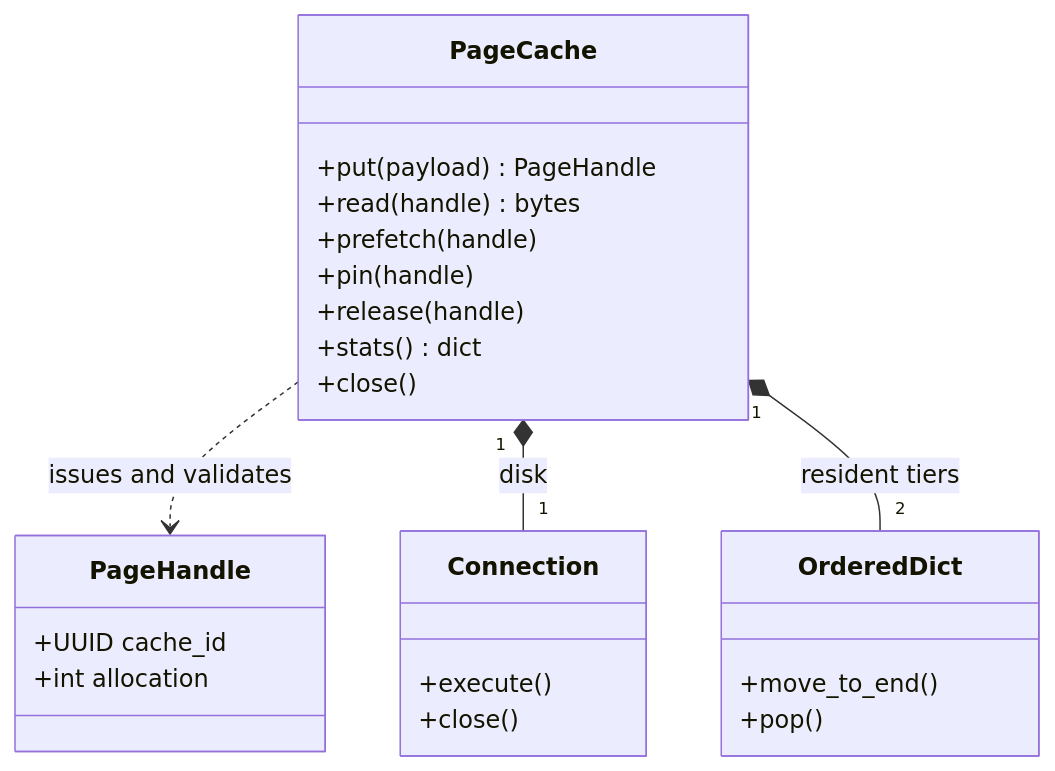
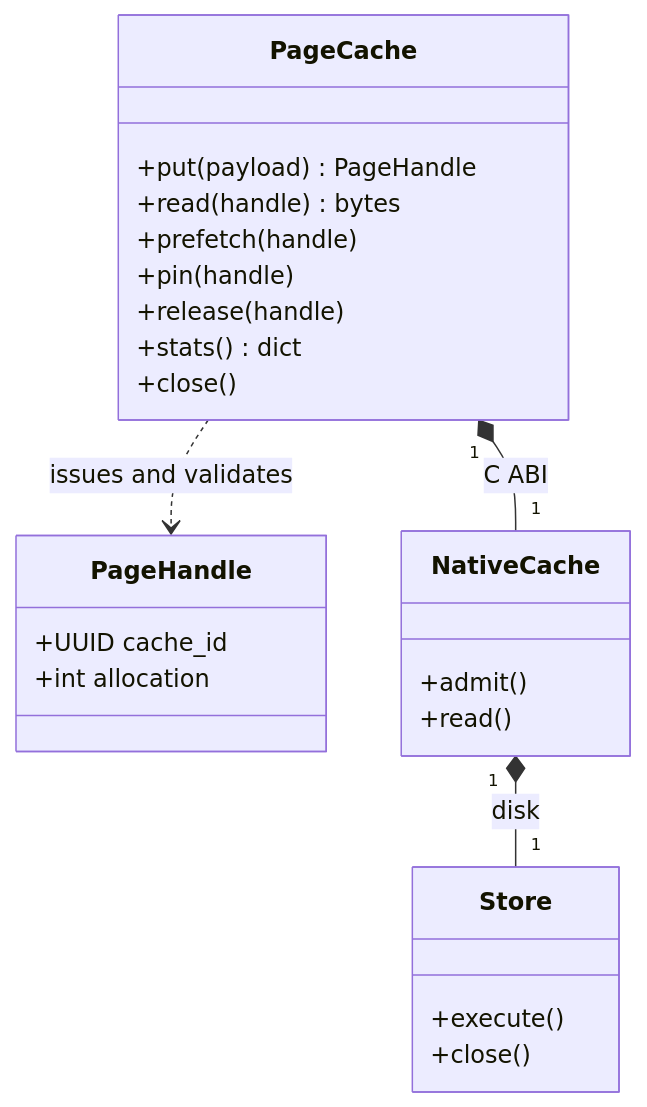
Before and after one commit to asigdel29/tiered-kv-cache: the first of 2 diagrams in docs/system-design.md, drawn with Mermaid. The commit also changed other lines of this file and 23 other files, not shown here.

````diff
--- a/docs/system-design.md
+++ b/docs/system-design.md
@@ -17,27 +17,27 @@
 ```mermaid
 classDiagram
     class PageHandle {
         +UUID cache_id
         +int allocation
     }
     class PageCache {
         +put(payload) PageHandle
         +read(handle) bytes
         +prefetch(handle)
         +pin(handle)
         +release(handle)
         +stats() dict
         +close()
     }
-    class Connection {
+    class Store {
         +execute()
         +close()
     }
-    class OrderedDict {
-        +move_to_end()
-        +pop()
+    class NativeCache {
+        +admit()
+        +read()
     }
     PageCache ..> PageHandle : issues and validates
-    PageCache "1" *-- "1" Connection : disk
-    PageCache "1" *-- "2" OrderedDict : resident tiers
+    NativeCache "1" *-- "1" Store : disk
+    PageCache "1" *-- "1" NativeCache : C ABI
 ```
````
